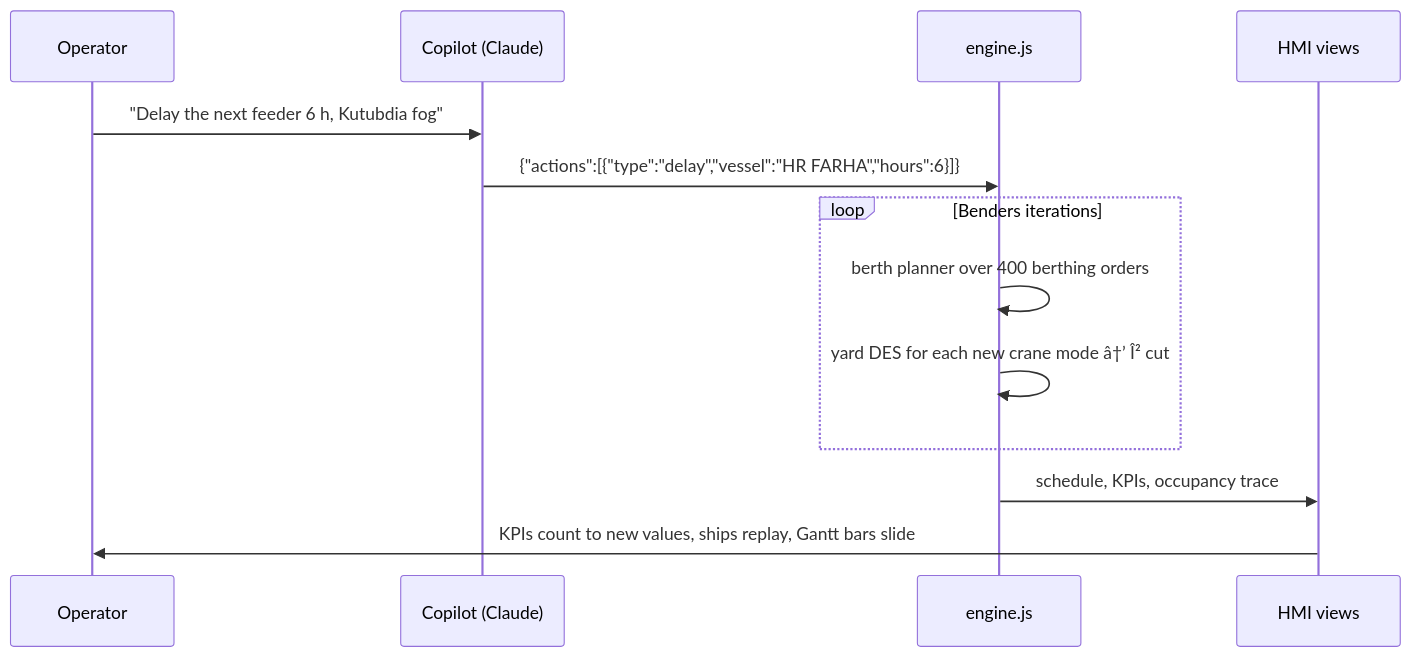
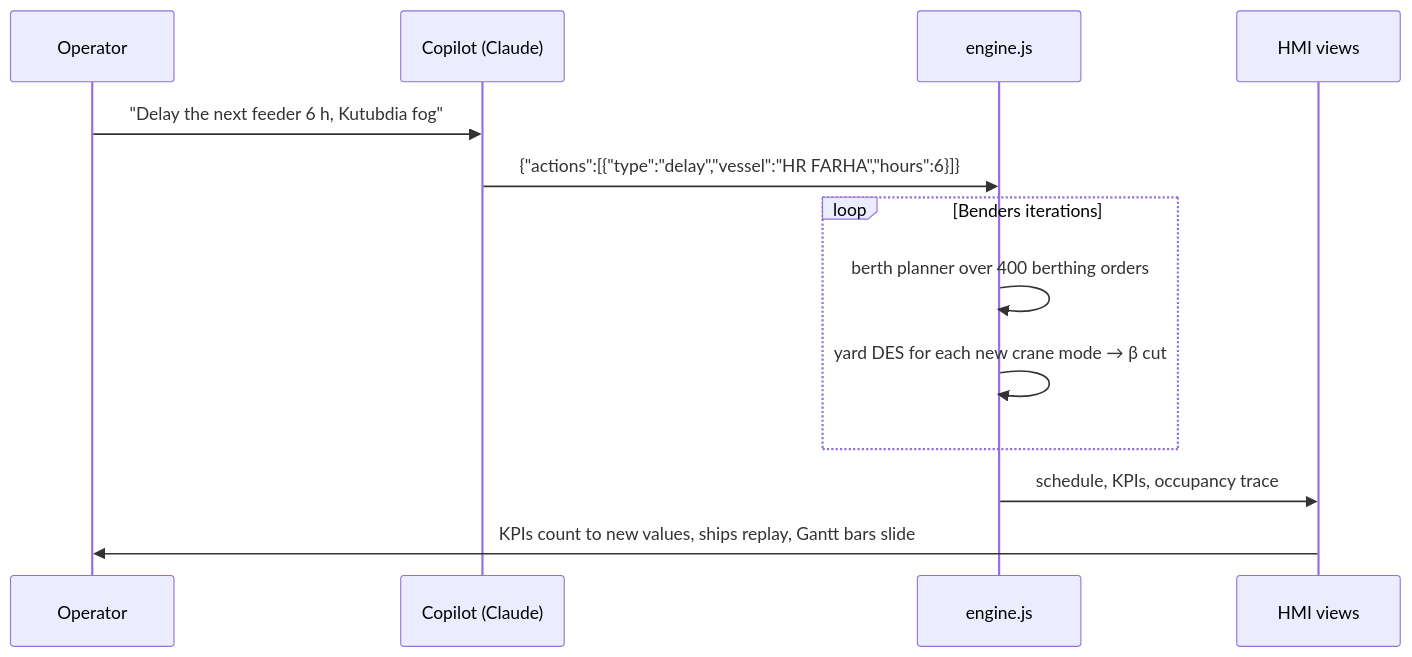
One commit to artahmid03-source/portflow-simopt-mcp changed the second of 3 diagrams in README.md. Above: the diagram before and after it, drawn with Mermaid. The commit also changed other lines of this file and 16 other files, not shown here.

````diff
--- a/README.md
+++ b/README.md
@@ -108,15 +109,15 @@
 ```mermaid
 sequenceDiagram
   participant U as Operator
   participant C as Copilot (Claude)
   participant E as engine.js
   participant V as HMI views
   U->>C: "Delay the next feeder 6 h, Kutubdia fog"
   C->>E: {"actions":[{"type":"delay","vessel":"HR FARHA","hours":6}]}
   loop Benders iterations
     E->>E: berth planner over 400 berthing orders
-    E->>E: yard DES for each new crane mode â†’ Î² cut
+    E->>E: yard DES for each new crane mode → β cut
   end
   E->>V: schedule, KPIs, occupancy trace
   V->>U: KPIs count to new values, ships replay, Gantt bars slide
 ```
````
